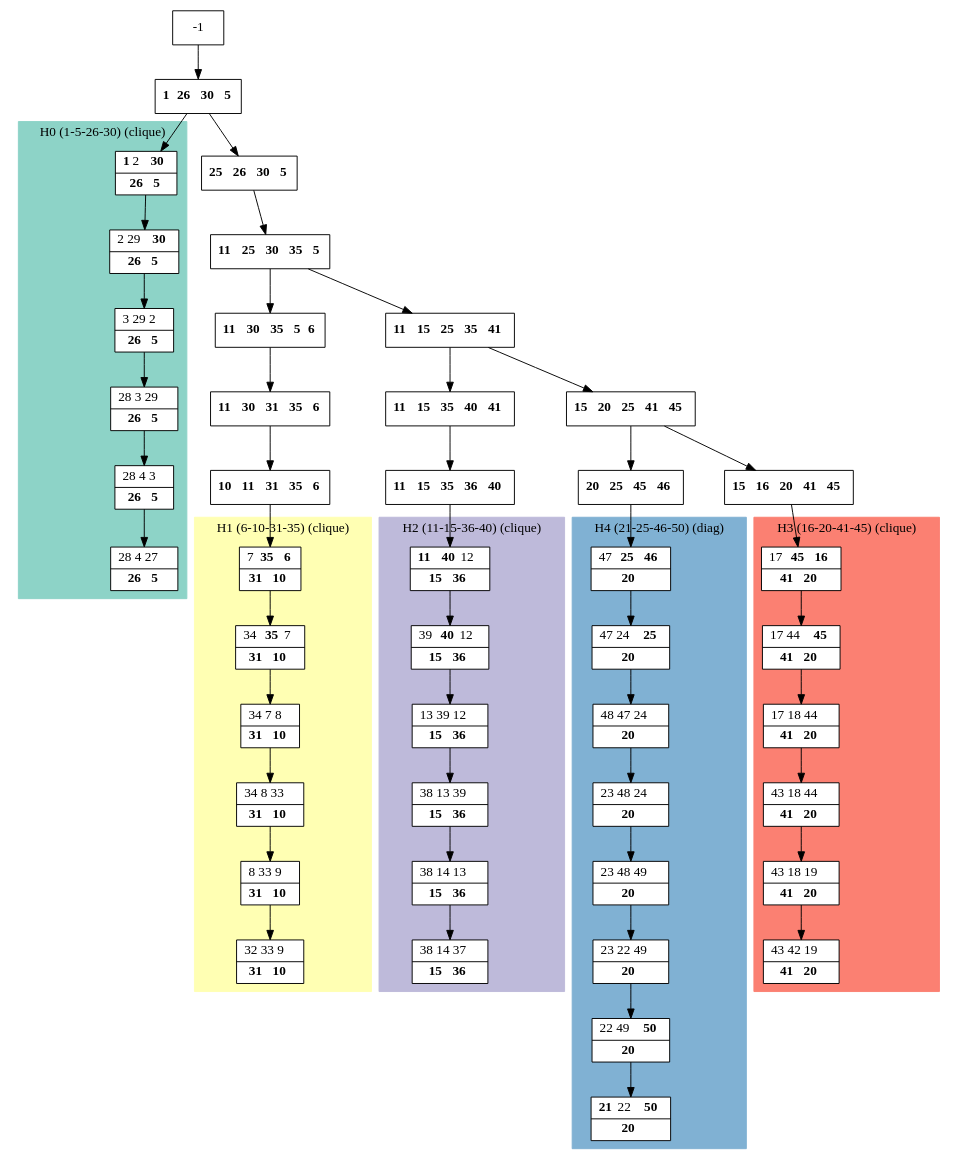
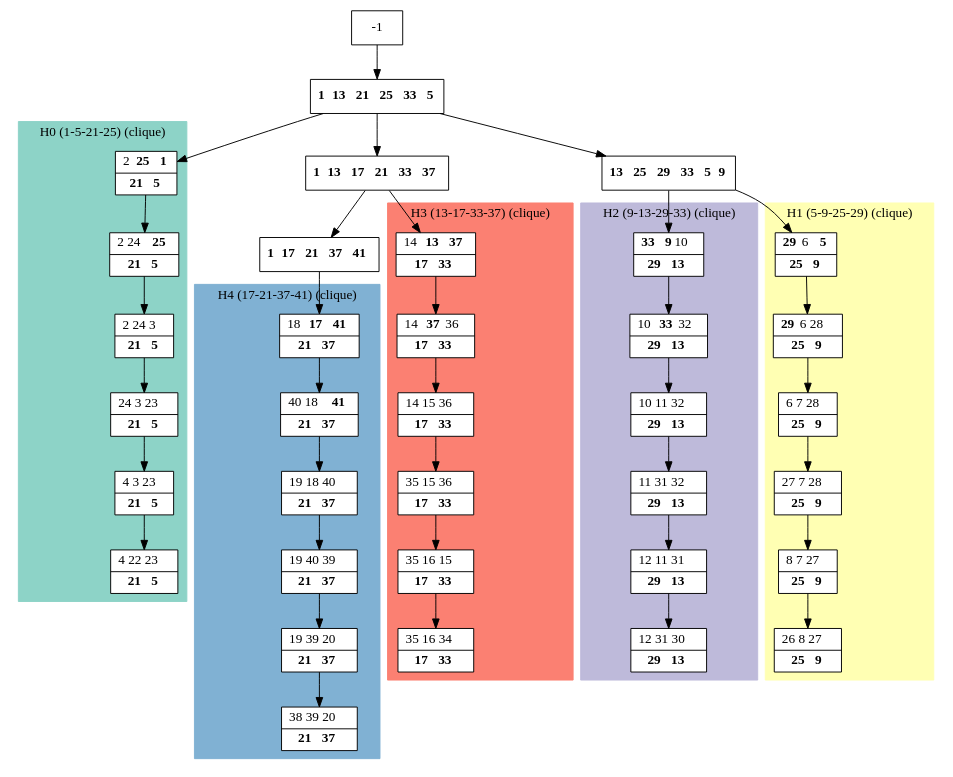
Before and after one commit to bmarchand/auto-dp: the diagram in results/dot_files/processed_K5.dot, drawn with Graphviz. The commit also changed 188 other files, not shown here.

```diff
--- a/results/dot_files/processed_K5.dot
+++ b/results/dot_files/processed_K5.dot
@@ -1,104 +1,86 @@
 digraph G {
     node [shape=box];
     subgraph cluster0 {
         node [style=filled,fillcolor=white];
         labeljust="l";
         style=filled;
         color="#8DD3C7";
         H0_0 -> H0_1 -> H0_2 -> H0_3 -> H0_4 -> H0_5;
-        label="H0 (1-5-26-30) (clique)";
+        label="H0 (1-5-21-25) (clique)";
     }
     subgraph cluster1 {
         node [style=filled,fillcolor=white];
         labeljust="l";
         style=filled;
         color="#FFFFB3";
         H1_0 -> H1_1 -> H1_2 -> H1_3 -> H1_4 -> H1_5;
-        label="H1 (6-10-31-35) (clique)";
+        label="H1 (5-9-25-29) (clique)";
     }
     subgraph cluster2 {
         node [style=filled,fillcolor=white];
         labeljust="l";
         style=filled;
         color="#BEBADA";
         H2_0 -> H2_1 -> H2_2 -> H2_3 -> H2_4 -> H2_5;
-        label="H2 (11-15-36-40) (clique)";
+        label="H2 (9-13-29-33) (clique)";
     }
     subgraph cluster3 {
         node [style=filled,fillcolor=white];
         labeljust="l";
         style=filled;
         color="#FB8072";
         H3_0 -> H3_1 -> H3_2 -> H3_3 -> H3_4 -> H3_5;
-        label="H3 (16-20-41-45) (clique)";
+        label="H3 (13-17-33-37) (clique)";
     }
     subgraph cluster4 {
         node [style=filled,fillcolor=white];
         labeljust="l";
         style=filled;
         color="#80B1D3";
-        H4_7 -> H4_6 -> H4_5 -> H4_4 -> H4_3 -> H4_2 -> H4_1 -> H4_0;
-        label="H4 (21-25-46-50) (diag)";
+        H4_0 -> H4_1 -> H4_2 -> H4_3 -> H4_4 -> H4_5;
+        label="H4 (17-21-37-41) (clique)";
     }
-     1 [shape=record,label= <{ <b>1</b> <b>26</b> <b>30</b> <b>5</b>}> ];
+     1 [shape=record,label= <{ <b>1</b> <b>13</b> <b>21</b> <b>25</b> <b>33</b> <b>5</b>}> ];
      -1  ->  1;
-     H0_0 [shape=record,label= <{ <b>1</b> 2 <b>30</b>|  <b>26</b> <b>5</b>}> ];
+     21 [shape=record,label= <{ <b>1</b> <b>13</b> <b>17</b> <b>21</b> <b>33</b> <b>37</b>}> ];
+     1  ->  21;
+     H3_0 [shape=record,label= <{ 14 <b>13</b> <b>37</b>|  <b>17</b> <b>33</b>}> ];
+     21  ->  H3_0;
+     H3_1 [shape=record,label= <{ 14 <b>37</b> 36|  <b>17</b> <b>33</b>}> ];
+     H3_2 [shape=record,label= <{ 14 15 36|  <b>17</b> <b>33</b>}> ];
+     H3_3 [shape=record,label= <{ 35 15 36|  <b>17</b> <b>33</b>}> ];
+     H3_4 [shape=record,label= <{ 35 16 15|  <b>17</b> <b>33</b>}> ];
+     H3_5 [shape=record,label= <{ 35 16 34|  <b>17</b> <b>33</b>}> ];
+     30 [shape=record,label= <{ <b>1</b> <b>17</b> <b>21</b> <b>37</b> <b>41</b>}> ];
+     21  ->  30;
+     H4_0 [shape=record,label= <{ 18 <b>17</b> <b>41</b>|  <b>21</b> <b>37</b>}> ];
+     30  ->  H4_0;
+     H4_1 [shape=record,label= <{ 40 18 <b>41</b>|  <b>21</b> <b>37</b>}> ];
+     H4_2 [shape=record,label= <{ 19 18 40|  <b>21</b> <b>37</b>}> ];
+     H4_3 [shape=record,label= <{ 19 40 39|  <b>21</b> <b>37</b>}> ];
+     H4_4 [shape=record,label= <{ 19 39 20|  <b>21</b> <b>37</b>}> ];
+     H4_5 [shape=record,label= <{ 38 39 20|  <b>21</b> <b>37</b>}> ];
+     H0_0 [shape=record,label= <{ 2 <b>25</b> <b>1</b>|  <b>21</b> <b>5</b>}> ];
      1  ->  H0_0;
-     H0_1 [shape=record,label= <{ 2 29 <b>30</b>|  <b>26</b> <b>5</b>}> ];
-     H0_2 [shape=record,label= <{ 3 29 2|  <b>26</b> <b>5</b>}> ];
-     H0_3 [shape=record,label= <{ 28 3 29|  <b>26</b> <b>5</b>}> ];
-     H0_4 [shape=record,label= <{ 28 4 3|  <b>26</b> <b>5</b>}> ];
-     H0_5 [shape=record,label= <{ 28 4 27|  <b>26</b> <b>5</b>}> ];
-     37 [shape=record,label= <{ <b>25</b> <b>26</b> <b>30</b> <b>5</b>}> ];
-     1  ->  37;
-     18 [shape=record,label= <{ <b>11</b> <b>25</b> <b>30</b> <b>35</b> <b>5</b>}> ];
-     37  ->  18;
-     9 [shape=record,label= <{ <b>11</b> <b>30</b> <b>35</b> <b>5</b> <b>6</b>}> ];
-     18  ->  9;
-     10 [shape=record,label= <{ <b>11</b> <b>30</b> <b>31</b> <b>35</b> <b>6</b>}> ];
-     9  ->  10;
-     11 [shape=record,label= <{ <b>10</b> <b>11</b> <b>31</b> <b>35</b> <b>6</b>}> ];
-     10  ->  11;
-     H1_0 [shape=record,label= <{ 7 <b>35</b> <b>6</b>|  <b>31</b> <b>10</b>}> ];
-     11  ->  H1_0;
-     H1_1 [shape=record,label= <{ 34 <b>35</b> 7|  <b>31</b> <b>10</b>}> ];
-     H1_2 [shape=record,label= <{ 34 7 8|  <b>31</b> <b>10</b>}> ];
-     H1_3 [shape=record,label= <{ 34 8 33|  <b>31</b> <b>10</b>}> ];
-     H1_4 [shape=record,label= <{ 8 33 9|  <b>31</b> <b>10</b>}> ];
-     H1_5 [shape=record,label= <{ 32 33 9|  <b>31</b> <b>10</b>}> ];
-     19 [shape=record,label= <{ <b>11</b> <b>15</b> <b>25</b> <b>35</b> <b>41</b>}> ];
-     18  ->  19;
-     20 [shape=record,label= <{ <b>11</b> <b>15</b> <b>35</b> <b>40</b> <b>41</b>}> ];
-     19  ->  20;
-     21 [shape=record,label= <{ <b>11</b> <b>15</b> <b>35</b> <b>36</b> <b>40</b>}> ];
-     20  ->  21;
-     H2_0 [shape=record,label= <{ <b>11</b> <b>40</b> 12|  <b>15</b> <b>36</b>}> ];
-     21  ->  H2_0;
-     H2_1 [shape=record,label= <{ 39 <b>40</b> 12|  <b>15</b> <b>36</b>}> ];
-     H2_2 [shape=record,label= <{ 13 39 12|  <b>15</b> <b>36</b>}> ];
-     H2_3 [shape=record,label= <{ 38 13 39|  <b>15</b> <b>36</b>}> ];
-     H2_4 [shape=record,label= <{ 38 14 13|  <b>15</b> <b>36</b>}> ];
-     H2_5 [shape=record,label= <{ 38 14 37|  <b>15</b> <b>36</b>}> ];
-     28 [shape=record,label= <{ <b>15</b> <b>20</b> <b>25</b> <b>41</b> <b>45</b>}> ];
-     19  ->  28;
-     36 [shape=record,label= <{ <b>20</b> <b>25</b> <b>45</b> <b>46</b>}> ];
-     28  ->  36;
-     H4_7 [shape=record,label= <{ 47 <b>25</b> <b>46</b>|  <b>20</b>}> ];
-     36  ->  H4_7;
-     H4_6 [shape=record,label= <{ 47 24 <b>25</b>|  <b>20</b>}> ];
-     H4_5 [shape=record,label= <{ 48 47 24|  <b>20</b>}> ];
-     H4_4 [shape=record,label= <{ 23 48 24|  <b>20</b>}> ];
-     H4_3 [shape=record,label= <{ 23 48 49|  <b>20</b>}> ];
-     H4_2 [shape=record,label= <{ 23 22 49|  <b>20</b>}> ];
-     H4_1 [shape=record,label= <{ 22 49 <b>50</b>|  <b>20</b>}> ];
-     H4_0 [shape=record,label= <{ <b>21</b> 22 <b>50</b>|  <b>20</b>}> ];
-     30 [shape=record,label= <{ <b>15</b> <b>16</b> <b>20</b> <b>41</b> <b>45</b>}> ];
-     28  ->  30;
-     H3_0 [shape=record,label= <{ 17 <b>45</b> <b>16</b>|  <b>41</b> <b>20</b>}> ];
-     30  ->  H3_0;
-     H3_1 [shape=record,label= <{ 17 44 <b>45</b>|  <b>41</b> <b>20</b>}> ];
-     H3_2 [shape=record,label= <{ 17 18 44|  <b>41</b> <b>20</b>}> ];
-     H3_3 [shape=record,label= <{ 43 18 44|  <b>41</b> <b>20</b>}> ];
-     H3_4 [shape=record,label= <{ 43 18 19|  <b>41</b> <b>20</b>}> ];
-     H3_5 [shape=record,label= <{ 43 42 19|  <b>41</b> <b>20</b>}> ];
+     H0_1 [shape=record,label= <{ 2 24 <b>25</b>|  <b>21</b> <b>5</b>}> ];
+     H0_2 [shape=record,label= <{ 2 24 3|  <b>21</b> <b>5</b>}> ];
+     H0_3 [shape=record,label= <{ 24 3 23|  <b>21</b> <b>5</b>}> ];
+     H0_4 [shape=record,label= <{ 4 3 23|  <b>21</b> <b>5</b>}> ];
+     H0_5 [shape=record,label= <{ 4 22 23|  <b>21</b> <b>5</b>}> ];
+     8 [shape=record,label= <{ <b>13</b> <b>25</b> <b>29</b> <b>33</b> <b>5</b> <b>9</b>}> ];
+     1  ->  8;
+     H1_0 [shape=record,label= <{ <b>29</b> 6 <b>5</b>|  <b>25</b> <b>9</b>}> ];
+     8  ->  H1_0;
+     H1_1 [shape=record,label= <{ <b>29</b> 6 28|  <b>25</b> <b>9</b>}> ];
+     H1_2 [shape=record,label= <{ 6 7 28|  <b>25</b> <b>9</b>}> ];
+     H1_3 [shape=record,label= <{ 27 7 28|  <b>25</b> <b>9</b>}> ];
+     H1_4 [shape=record,label= <{ 8 7 27|  <b>25</b> <b>9</b>}> ];
+     H1_5 [shape=record,label= <{ 26 8 27|  <b>25</b> <b>9</b>}> ];
+     H2_0 [shape=record,label= <{ <b>33</b> <b>9</b> 10|  <b>29</b> <b>13</b>}> ];
+     8  ->  H2_0;
+     H2_1 [shape=record,label= <{ 10 <b>33</b> 32|  <b>29</b> <b>13</b>}> ];
+     H2_2 [shape=record,label= <{ 10 11 32|  <b>29</b> <b>13</b>}> ];
+     H2_3 [shape=record,label= <{ 11 31 32|  <b>29</b> <b>13</b>}> ];
+     H2_4 [shape=record,label= <{ 12 11 31|  <b>29</b> <b>13</b>}> ];
+     H2_5 [shape=record,label= <{ 12 31 30|  <b>29</b> <b>13</b>}> ];
 }
```
